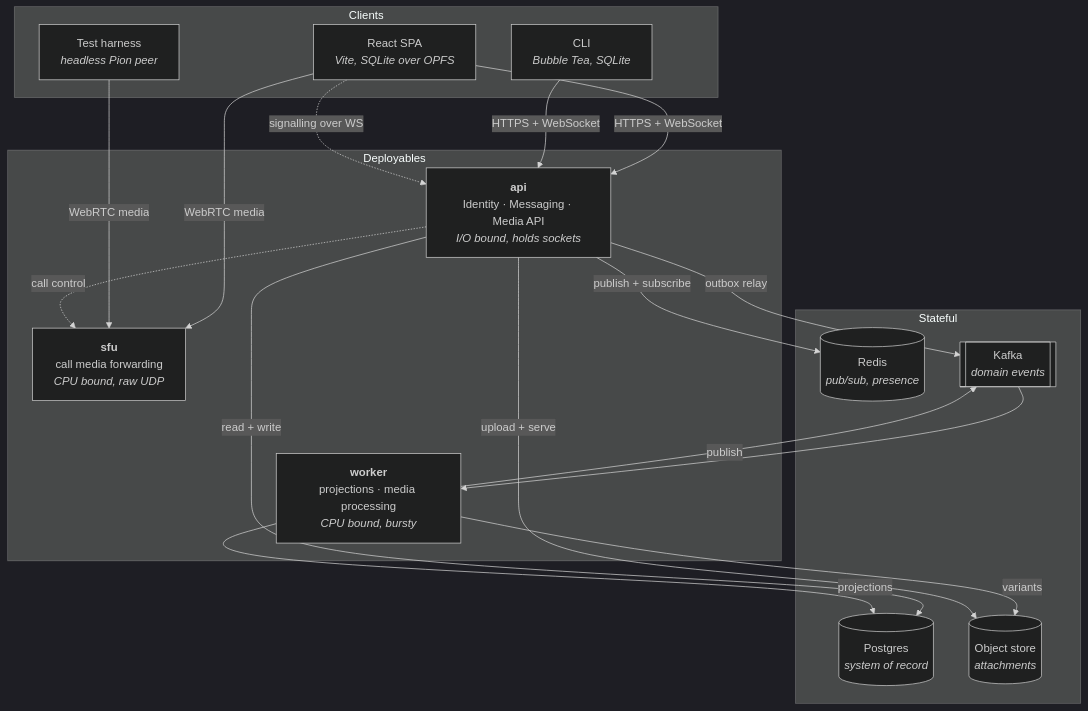
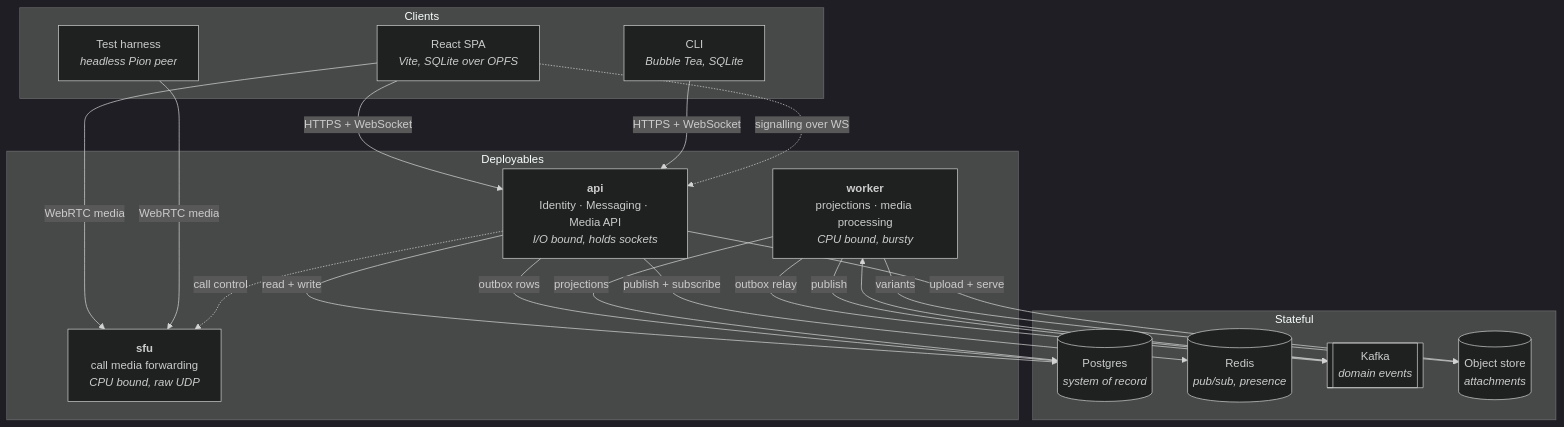
Before and after one commit to igor-dmscn/whatsapp-2: the first of 2 diagrams in docs/architecture.md, drawn with Mermaid (dark theme). The commit also changed other lines of this file and 8 other files, not shown here.

````diff
--- a/docs/architecture.md
+++ b/docs/architecture.md
@@ -7,37 +7,38 @@
 ```mermaid
 graph TB
     subgraph Clients
         WEB["React SPA<br/><i>Vite, SQLite over OPFS</i>"]
         CLI["CLI<br/><i>Bubble Tea, SQLite</i>"]
         HARNESS["Test harness<br/><i>headless Pion peer</i>"]
     end
 
     subgraph Deployables
         API["<b>api</b><br/>Identity · Messaging · Media API<br/><i>I/O bound, holds sockets</i>"]
         WORKER["<b>worker</b><br/>projections · media processing<br/><i>CPU bound, bursty</i>"]
         SFU["<b>sfu</b><br/>call media forwarding<br/><i>CPU bound, raw UDP</i>"]
     end
 
     subgraph Stateful
         PG[("Postgres<br/><i>system of record</i>")]
         REDIS[("Redis<br/><i>pub/sub, presence</i>")]
         KAFKA[["Kafka<br/><i>domain events</i>"]]
         BLOB[("Object store<br/><i>attachments</i>")]
     end
 
     WEB -->|"HTTPS + WebSocket"| API
     CLI -->|"HTTPS + WebSocket"| API
     WEB -->|"WebRTC media"| SFU
     HARNESS -->|"WebRTC media"| SFU
     WEB -.->|"signalling over WS"| API
     API -.->|"call control"| SFU
 
     API -->|"read + write"| PG
     API -->|"publish + subscribe"| REDIS
-    API -->|"outbox relay"| KAFKA
+    API -->|"outbox rows"| PG
+    WORKER -->|"outbox relay"| KAFKA
     KAFKA --> WORKER
     WORKER -->|"projections"| PG
     WORKER -->|"variants"| BLOB
     WORKER -->|"publish"| KAFKA
     API -->|"upload + serve"| BLOB
 ```
````
